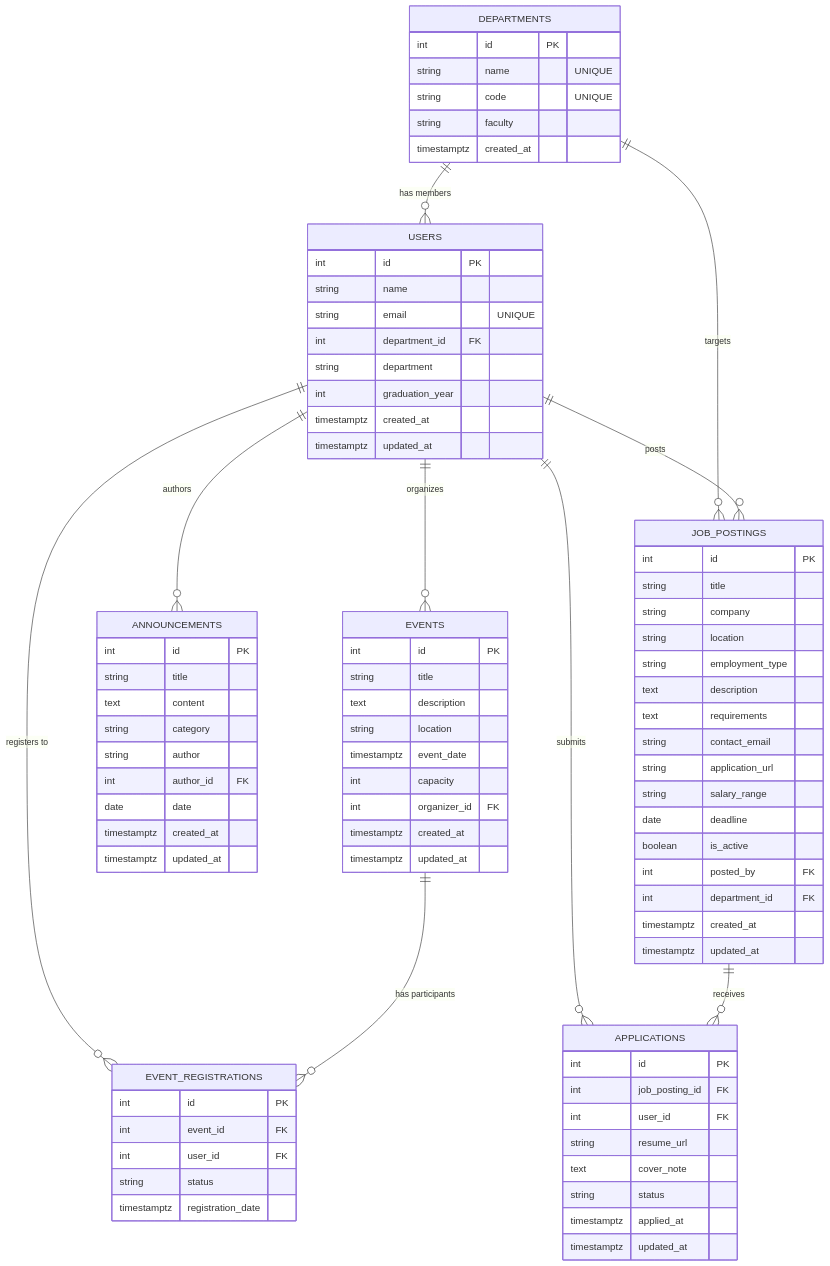
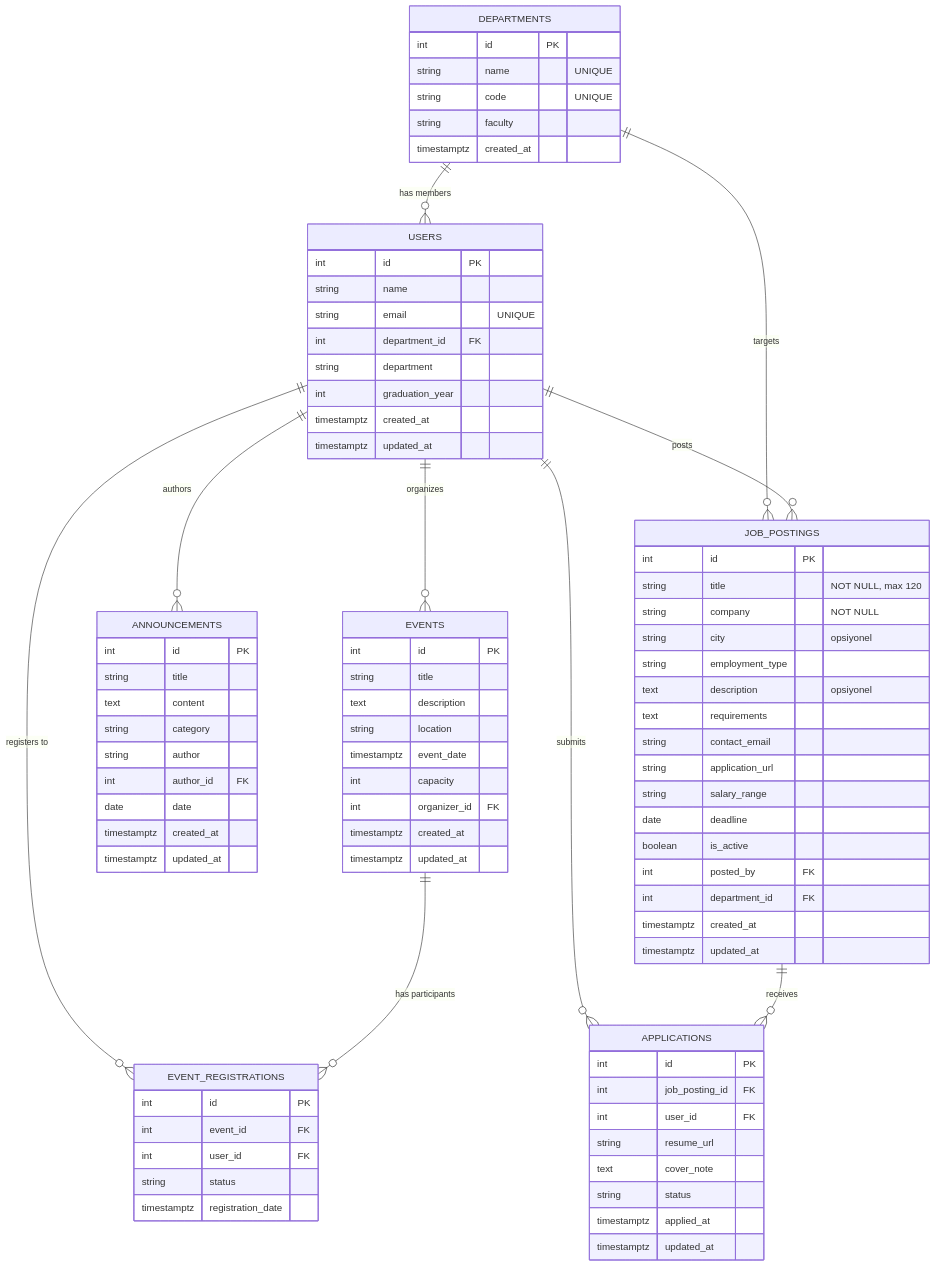
Before and after one commit to emely022/alumni: the diagram in ddd.md, drawn with Mermaid. The commit also changed other lines of this file and 11 other files, not shown here.

```diff
--- a/ddd.md
+++ b/ddd.md
@@ -263,11 +263,11 @@
 
     JOB_POSTINGS {
         int id PK
-        string title
-        string company
-        string location
+        string title "NOT NULL, max 120"
+        string company "NOT NULL"
+        string city "opsiyonel"
         string employment_type
-        text description
+        text description "opsiyonel"
         text requirements
         string contact_email
         string application_url
```
